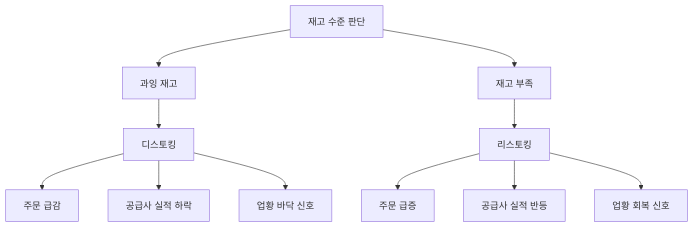
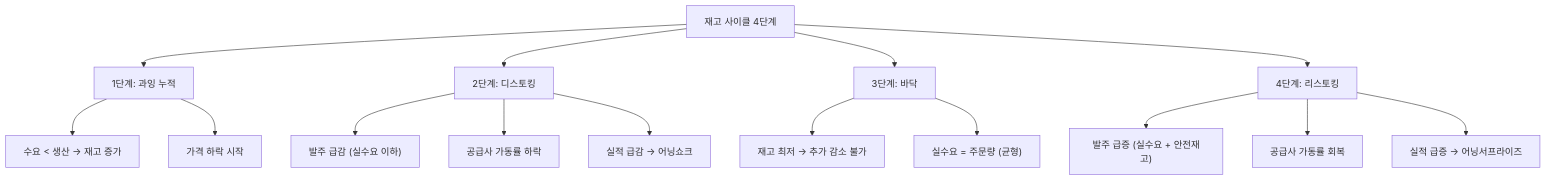
Before and after one commit to yeongseon/stock-visual-note: the diagram in content/stock-terms/ko/level-08-industry-macro/inventory-adjustment.md, drawn with Mermaid. The commit also changed other lines of this file and 9 other files, not shown here.

Commit message:
content: rewrite level-08 (10 articles) — richer diagrams, realistic scenarios, blog tone

````diff
--- a/content/stock-terms/ko/level-08-industry-macro/inventory-adjustment.md
+++ b/content/stock-terms/ko/level-08-industry-macro/inventory-adjustment.md
@@ -42,14 +43,18 @@
 ```mermaid
 graph TD
-    A["재고 수준 판단"]
-    A --> B["과잉 재고"]
-    A --> C["재고 부족"]
-    B --> D["디스토킹"]
-    D --> D1["주문 급감"]
-    D --> D2["공급사 실적 하락"]
-    D --> D3["업황 바닥 신호"]
-    C --> E["리스토킹"]
-    E --> E1["주문 급증"]
-    E --> E2["공급사 실적 반등"]
-    E --> E3["업황 회복 신호"]
+    A["재고 사이클 4단계"]
+    A --> B["1단계: 과잉 누적"]
+    A --> C["2단계: 디스토킹"]
+    A --> D["3단계: 바닥"]
+    A --> E["4단계: 리스토킹"]
+    B --> B1["수요 < 생산 → 재고 증가"]
+    B --> B2["가격 하락 시작"]
+    C --> C1["발주 급감 (실수요 이하)"]
+    C --> C2["공급사 가동률 하락"]
+    C --> C3["실적 급감 → 어닝쇼크"]
+    D --> D1["재고 최저 → 추가 감소 불가"]
+    D --> D2["실수요 = 주문량 (균형)"]
+    E --> E1["발주 급증 (실수요 + 안전재고)"]
+    E --> E2["공급사 가동률 회복"]
+    E --> E3["실적 급증 → 어닝서프라이즈"]
 ```
````
